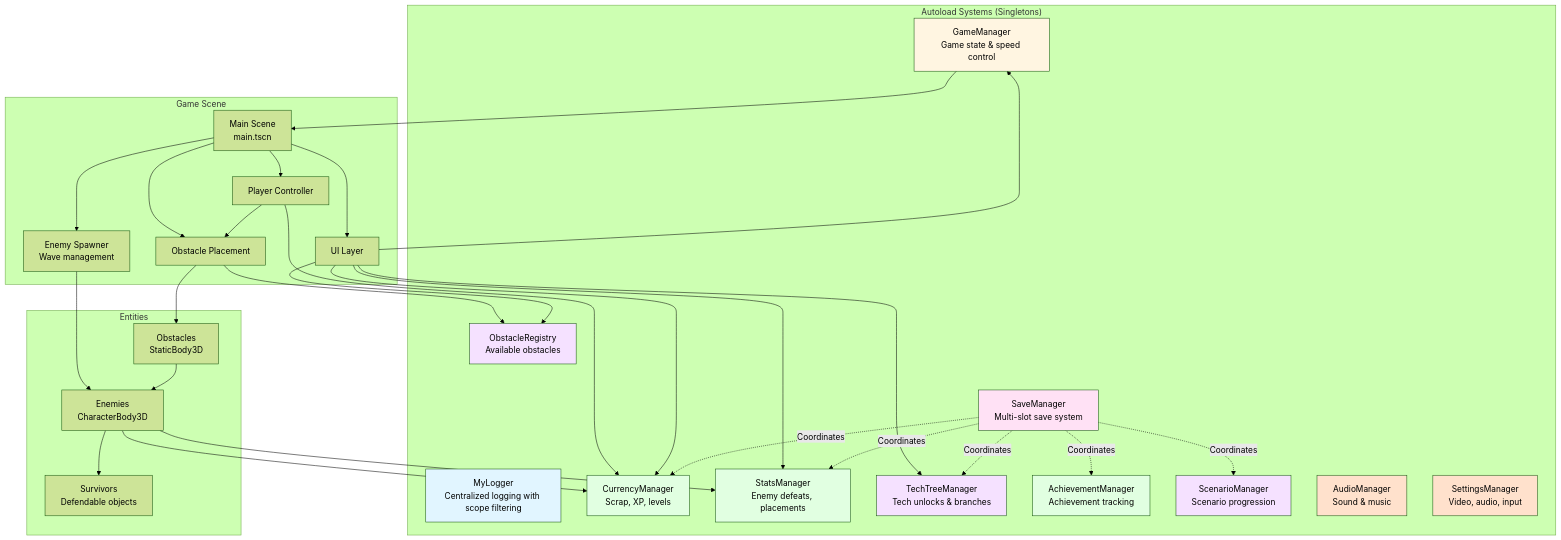
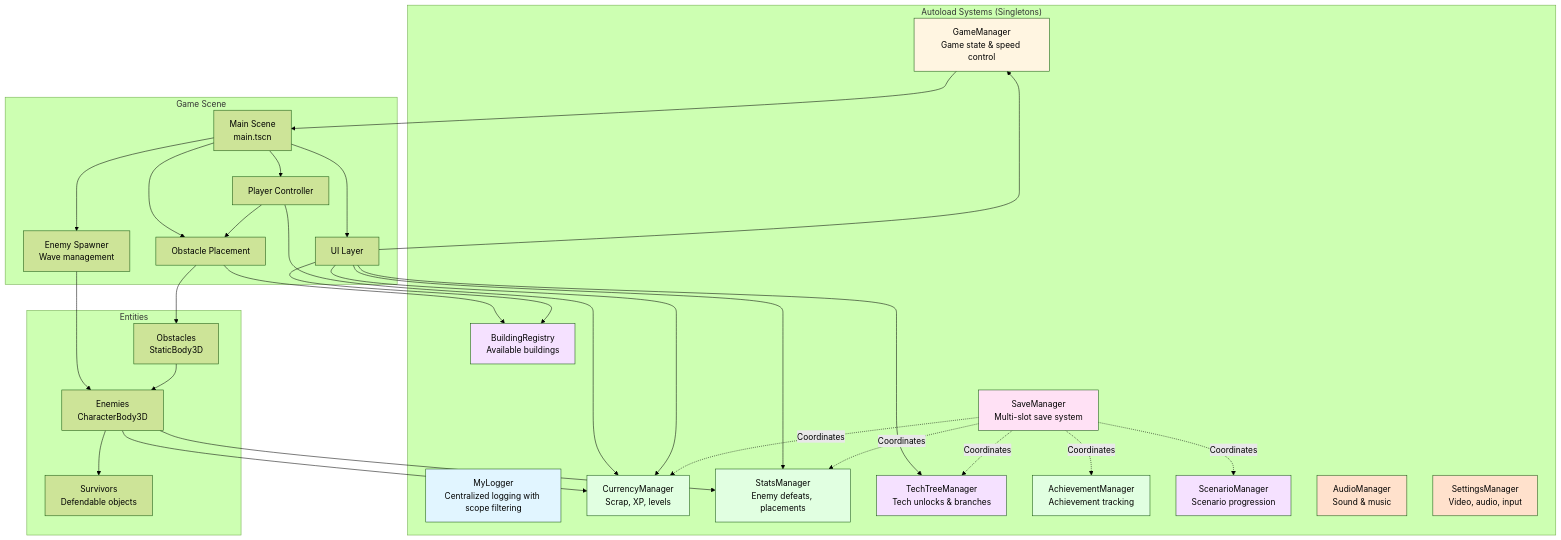
Before and after one commit to saebyn/godot-tower-defense: the first of 8 diagrams in docs/ARCHITECTURE.md, drawn with Mermaid (forest theme). The commit also changed other lines of this file and 40 other files, not shown here.

Commit message:
feat: rename Obstacle→Building identifiers across codebase

````diff
--- a/docs/ARCHITECTURE.md
+++ b/docs/ARCHITECTURE.md
@@ -22,82 +22,82 @@
 ```mermaid
 graph TB
     subgraph "Autoload Systems (Singletons)"
         MyLogger[MyLogger<br/>Centralized logging with scope filtering]
         SaveManager[SaveManager<br/>Multi-slot save system]
         CurrencyManager[CurrencyManager<br/>Scrap, XP, levels]
         GameManager[GameManager<br/>Game state & speed control]
         StatsManager[StatsManager<br/>Enemy defeats, placements]
-        ObstacleRegistry[ObstacleRegistry<br/>Available obstacles]
+        BuildingRegistry[BuildingRegistry<br/>Available buildings]
         TechTreeManager[TechTreeManager<br/>Tech unlocks & branches]
         AchievementManager[AchievementManager<br/>Achievement tracking]
         ScenarioManager[ScenarioManager<br/>Scenario progression]
         AudioManager[AudioManager<br/>Sound & music]
         SettingsManager[SettingsManager<br/>Video, audio, input]
     end
     
     subgraph "Game Scene"
         Main[Main Scene<br/>main.tscn]
         Player[Player Controller]
         EnemySpawner[Enemy Spawner<br/>Wave management]
         ObstaclePlacement[Obstacle Placement]
         UI[UI Layer]
     end
     
     subgraph "Entities"
         Enemies[Enemies<br/>CharacterBody3D]
         Obstacles[Obstacles<br/>StaticBody3D]
         Survivors[Survivors<br/>Defendable objects]
     end
     
     Main --> Player
     Main --> EnemySpawner
     Main --> ObstaclePlacement
     Main --> UI
     
     Player --> CurrencyManager
     Player --> ObstaclePlacement
     
     EnemySpawner --> Enemies
     ObstaclePlacement --> Obstacles
-    ObstaclePlacement --> ObstacleRegistry
+    ObstaclePlacement --> BuildingRegistry
     
     Enemies --> CurrencyManager
     Enemies --> StatsManager
     Enemies --> Survivors
     
     Obstacles --> Enemies
     
     UI --> CurrencyManager
     UI --> StatsManager
     UI --> GameManager
     UI --> TechTreeManager
-    UI --> ObstacleRegistry
+    UI --> BuildingRegistry
     
     SaveManager -.Coordinates.-> CurrencyManager
     SaveManager -.Coordinates.-> StatsManager
     SaveManager -.Coordinates.-> TechTreeManager
     SaveManager -.Coordinates.-> AchievementManager
     SaveManager -.Coordinates.-> ScenarioManager
     
     GameManager --> Main
     
     %% Color Legend:
     %% Blue (#e1f5ff) - Debugging/Infrastructure
     %% Pink (#ffe1f5) - Persistence/Save System
     %% Green (#e1ffe1) - Economy/Progression
     %% Yellow (#fff5e1) - Game State Management
     %% Purple (#f5e1ff) - Content Management
     %% Orange (#ffe1cc) - Audio/Settings
     
     style MyLogger fill:#e1f5ff
     style SaveManager fill:#ffe1f5
     style CurrencyManager fill:#e1ffe1
     style StatsManager fill:#e1ffe1
     style GameManager fill:#fff5e1
-    style ObstacleRegistry fill:#f5e1ff
+    style BuildingRegistry fill:#f5e1ff
     style TechTreeManager fill:#f5e1ff
     style AchievementManager fill:#e1ffe1
     style ScenarioManager fill:#f5e1ff
     style AudioManager fill:#ffe1cc
     style SettingsManager fill:#ffe1cc
 ```
````
